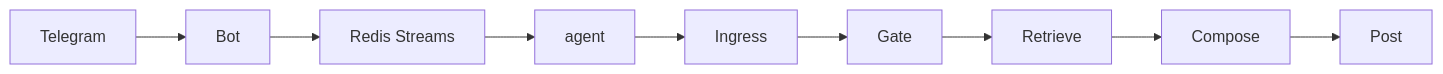
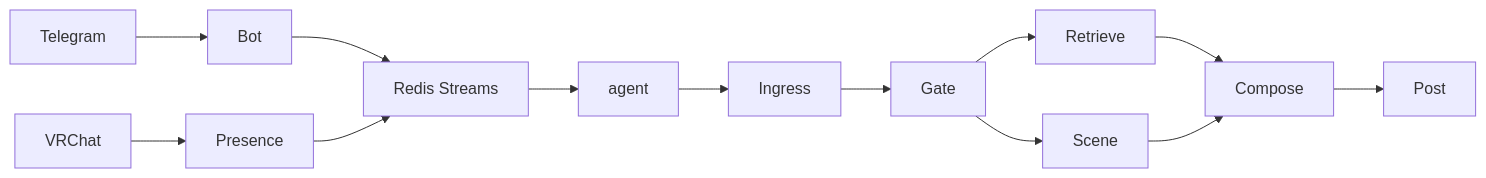
The diagram in docs/architecture.md (YevgeniyKapustin/VanessaAI), drawn with Mermaid before and after one commit. The commit also changed other lines of this file and 164 other files, not shown here.

````diff
--- a/docs/architecture.md
+++ b/docs/architecture.md
@@ -9,14 +17,24 @@
 ```mermaid
 flowchart LR
   telegram[Telegram]
   bot[Bot]
+  presence[Presence]
+  vrchat[VRChat]
   broker[Redis Streams]
   core[agent]
   ingress[Ingress]
   gate[Gate]
   retrieve[Retrieve]
+  scene[Scene]
   compose[Compose]
   post[Post]
-  telegram --> bot --> broker --> core
-  core --> ingress --> gate --> retrieve --> compose --> post
+  telegram --> bot --> broker
+  vrchat --> presence --> broker
+  broker --> core
+  core --> ingress --> gate
+  gate --> retrieve
+  gate --> scene
+  retrieve --> compose
+  scene --> compose
+  compose --> post
 ```
````
